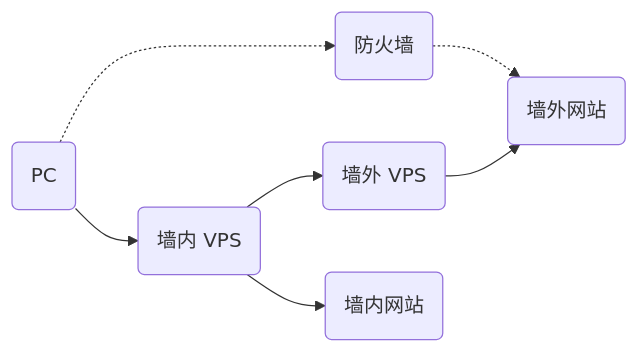
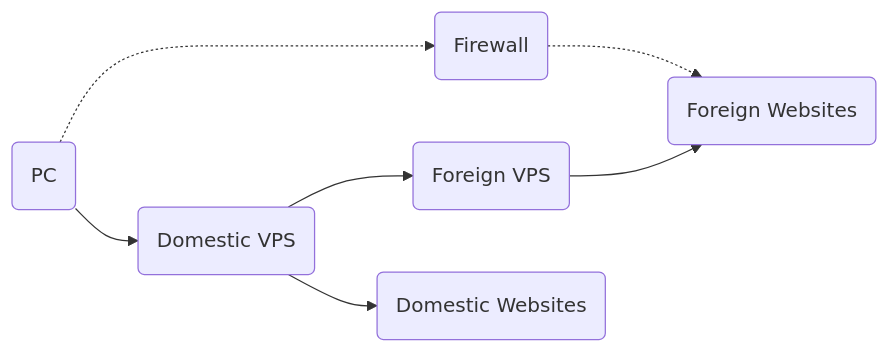
The second of 3 diagrams in docs/en/document/level-1/work.md (XTLS/Xray-docs-next), drawn with Mermaid before and after one commit. The commit also changed other lines of this file and 90 other files, not shown here.

````diff
--- a/docs/en/document/level-1/work.md
+++ b/docs/en/document/level-1/work.md
@@ -22,9 +22,9 @@
 ```mermaid
 graph LR;
-A(PC) -.-> B(防火墙);
-B -.-> C(墙外网站);
-A --> D(墙内 VPS);
-D --> E(墙外 VPS);
+A(PC) -.-> B(Firewall);
+B -.-> C(Foreign Websites);
+A --> D(Domestic VPS);
+D --> E(Foreign VPS);
 E --> C;
-D --> F(墙内网站);
+D --> F(Domestic Websites);
 ```
````
